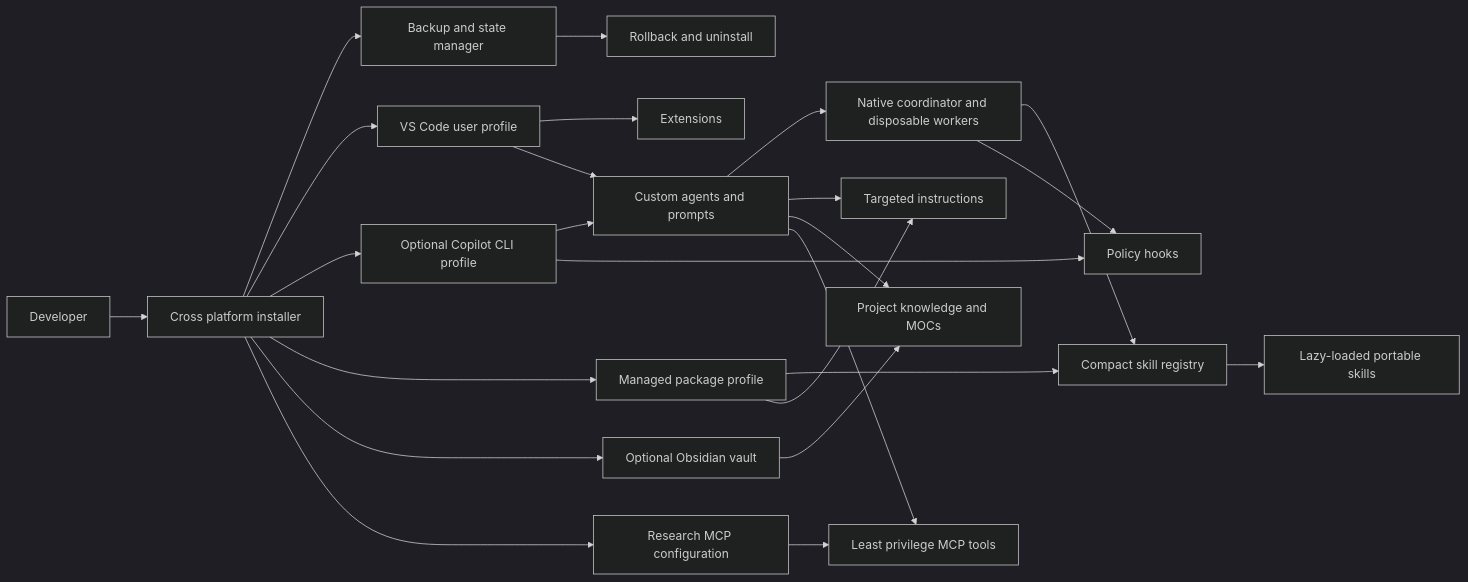
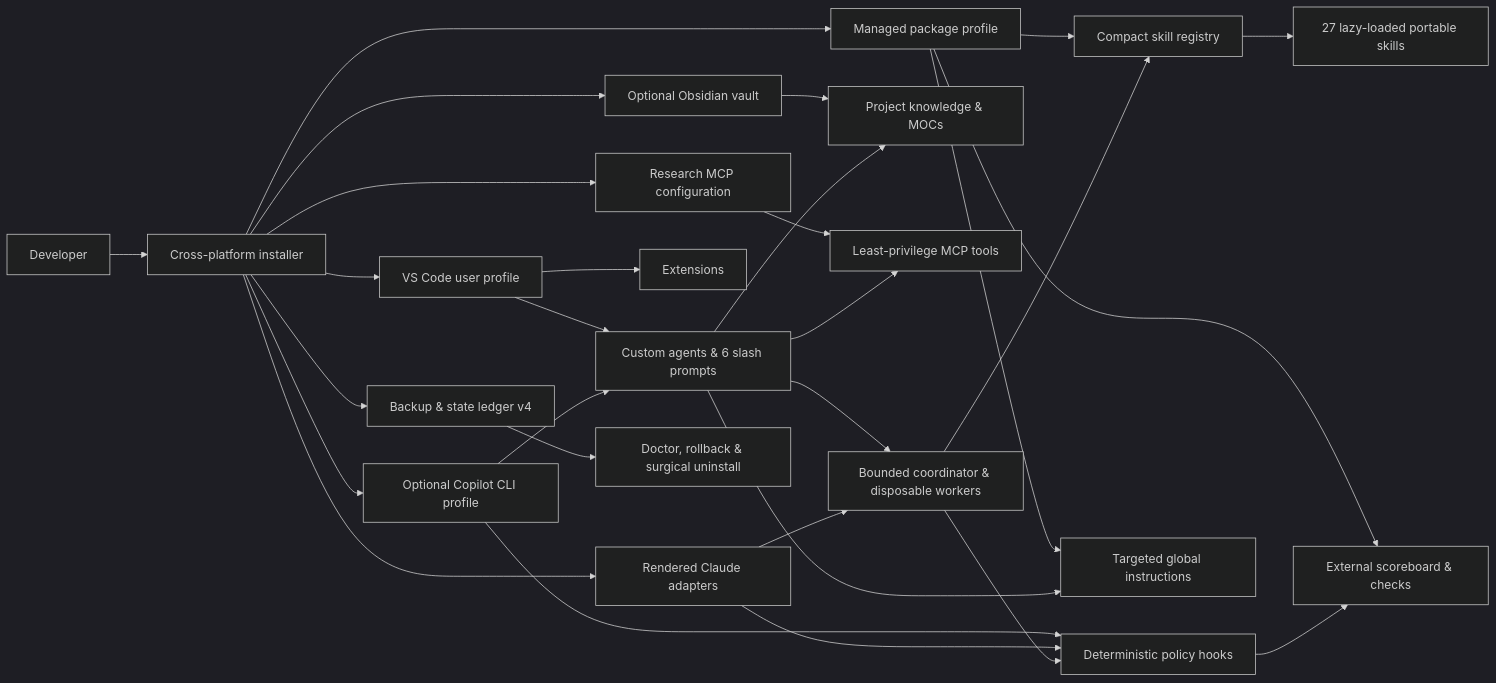
One commit to 4R9UN/Assured-Arc changed the first of 4 diagrams in README.md. Above: the diagram before and after it, drawn with Mermaid (dark theme). The commit also changed other lines of this file and 40 other files, not shown here.

Commit message:
Release v1.1.0: dual-host contract, scoreboard verification gate, human-gate precedence, and redesigned animated architecture assets

````diff
--- a/README.md
+++ b/README.md
@@ -83,29 +99,34 @@
 ```mermaid
 flowchart LR
-    U[Developer] --> I[Cross platform installer]
-    I --> B[Backup and state manager]
+    U[Developer] --> I[Cross-platform installer]
+    I --> B[Backup & state ledger v4]
     I --> VS[VS Code user profile]
     I --> CLI[Optional Copilot CLI profile]
+    I --> CL[Rendered Claude adapters]
     I --> CP[Managed package profile]
     I --> V[Optional Obsidian vault]
     I --> M[Research MCP configuration]
 
     VS --> E[Extensions]
-    VS --> A[Custom agents and prompts]
+    VS --> A[Custom agents & 6 slash prompts]
     CLI --> A
-    CLI --> HK[Policy hooks]
+    CLI --> HK[Deterministic policy hooks]
+    CL --> HK
+    CP --> SC[External scoreboard & checks]
     CP --> SR[Compact skill registry]
-    SR --> S[Lazy-loaded portable skills]
-    CP --> IN[Targeted instructions]
-    V --> K[Project knowledge and MOCs]
-    M --> T[Least privilege MCP tools]
+    SR --> S[27 lazy-loaded portable skills]
+    CP --> IN[Targeted global instructions]
+    V --> K[Project knowledge & MOCs]
+    M --> T[Least-privilege MCP tools]
 
-    A --> H[Native coordinator and disposable workers]
+    A --> H[Bounded coordinator & disposable workers]
+    CL --> H
     H --> SR
     H --> HK
+    HK --> SC
     A --> IN
     A --> K
     A --> T
 
-    B --> R[Rollback and uninstall]
+    B --> R[Doctor, rollback & surgical uninstall]
 ```
````
